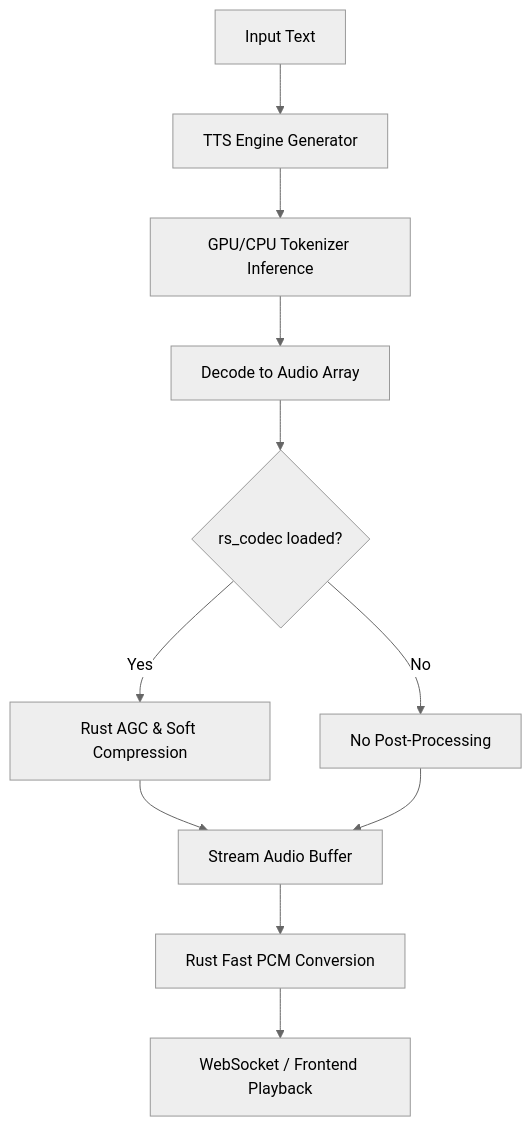
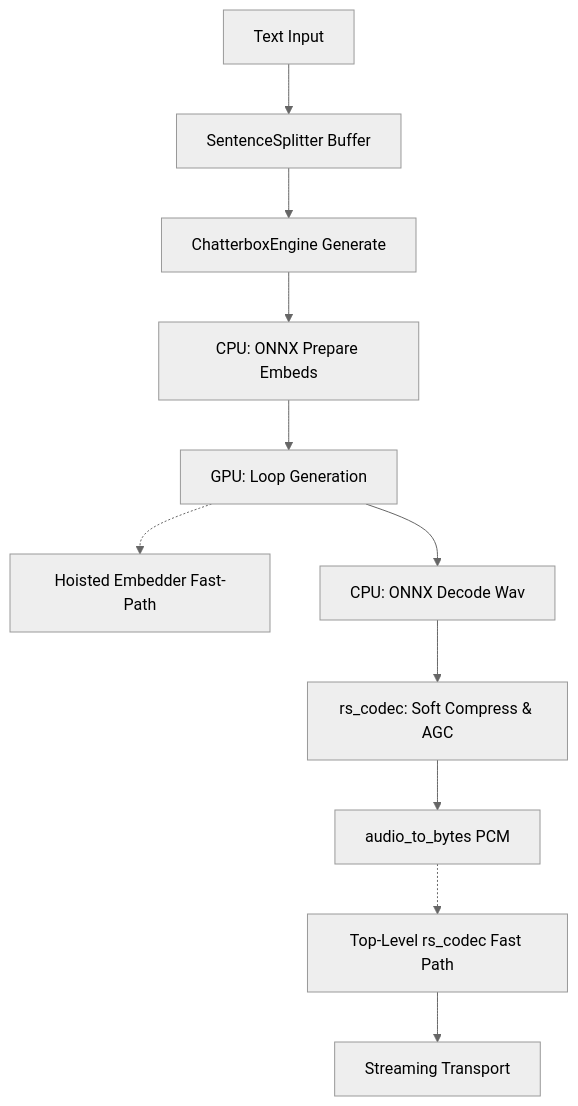
Before and after one commit to carlosfundora/gfxATOM: the diagram in .agents/reports/auralis-audio-optimization.md, drawn with Mermaid (neutral theme). The commit also changed other lines of this file and 7 other files, not shown here.

First line of the commit message:
perf(audio): Hoist Chatterbox engine overhead and optimize stream path

````diff
--- a/.agents/reports/auralis-audio-optimization.md
+++ b/.agents/reports/auralis-audio-optimization.md
@@ -44,13 +35,13 @@
 ```mermaid
 flowchart TD
-    A[Input Text] --> B[TTS Engine Generator]
-    B --> C[GPU/CPU Tokenizer Inference]
-    C --> D[Decode to Audio Array]
-    D --> E{rs_codec loaded?}
-    E -- Yes --> F[Rust AGC & Soft Compression]
-    E -- No --> G[No Post-Processing]
-    F --> H[Stream Audio Buffer]
-    G --> H
-    H --> I[Rust Fast PCM Conversion]
-    I --> J[WebSocket / Frontend Playback]
+    A[Text Input] --> B[SentenceSplitter Buffer]
+    B --> C[ChatterboxEngine Generate]
+    C --> D[CPU: ONNX Prepare Embeds]
+    D --> E[GPU: Loop Generation]
+    E -.-> F[Hoisted Embedder Fast-Path]
+    E --> G[CPU: ONNX Decode Wav]
+    G --> H[rs_codec: Soft Compress & AGC]
+    H --> I[audio_to_bytes PCM]
+    I -.-> J[Top-Level rs_codec Fast Path]
+    J --> K[Streaming Transport]
 ```
````
